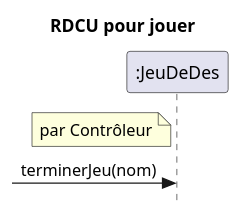
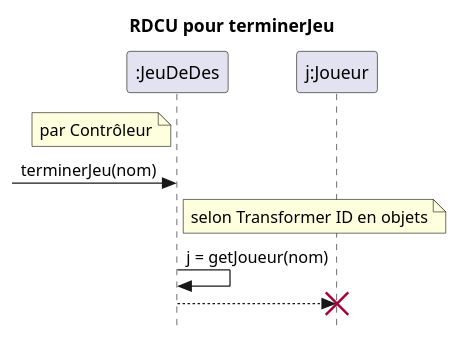
The diagram in docs/rdcu-terminerJeu.puml (profcfuhrmanets/log210-jeu-de-des-node-express-ts), drawn with PlantUML before and after one commit. The commit also changed 6 other files, not shown here.

Commit message:
models (jouer, terminerJeu), tests

```diff
--- a/docs/rdcu-terminerJeu.puml
+++ b/docs/rdcu-terminerJeu.puml
@@ -1,7 +1,12 @@
 @startuml
 skinparam style strictuml
-title RDCU pour jouer
+title RDCU pour terminerJeu
 participant ":JeuDeDes" as c
+participant "j:Joueur" as j
 note left of c : par Contrôleur 
 ->c : terminerJeu(nom)
+note right of c : selon Transformer ID en objets 
+c->c : j = getJoueur(nom)
+c-->j
+destroy j
 @enduml
```
